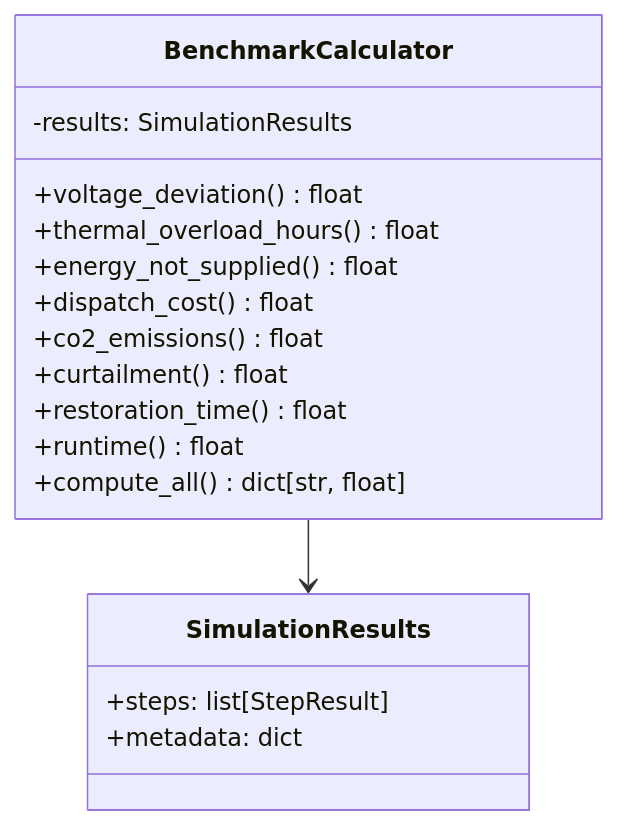
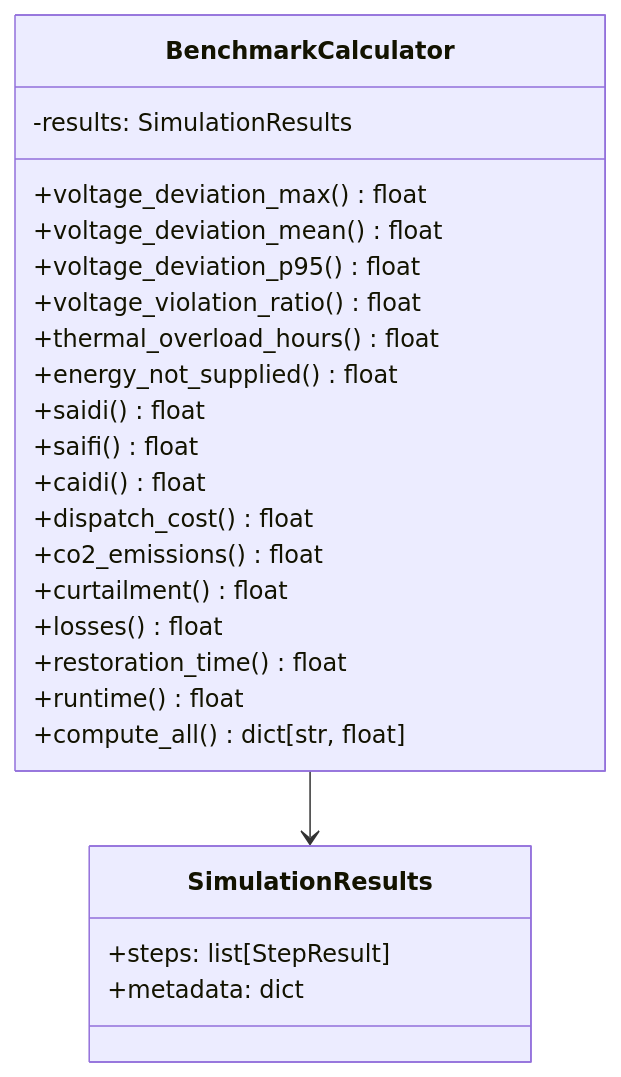
Before and after one commit to bottlenome/gridflow: the third of 9 diagrams in docs/detailed_design/07_algorithm.md, drawn with Mermaid. The commit also changed other lines of this file and 1 other file, not shown here.

````diff
--- a/docs/detailed_design/07_algorithm.md
+++ b/docs/detailed_design/07_algorithm.md
@@ -181,20 +189,27 @@
 ```mermaid
 classDiagram
     class BenchmarkCalculator {
         -results: SimulationResults
-        +voltage_deviation() float
+        +voltage_deviation_max() float
+        +voltage_deviation_mean() float
+        +voltage_deviation_p95() float
+        +voltage_violation_ratio() float
         +thermal_overload_hours() float
         +energy_not_supplied() float
+        +saidi() float
+        +saifi() float
+        +caidi() float
         +dispatch_cost() float
         +co2_emissions() float
         +curtailment() float
+        +losses() float
         +restoration_time() float
         +runtime() float
         +compute_all() dict[str, float]
     }
     class SimulationResults {
         +steps: list[StepResult]
         +metadata: dict
     }
     BenchmarkCalculator --> SimulationResults
 ```
````
